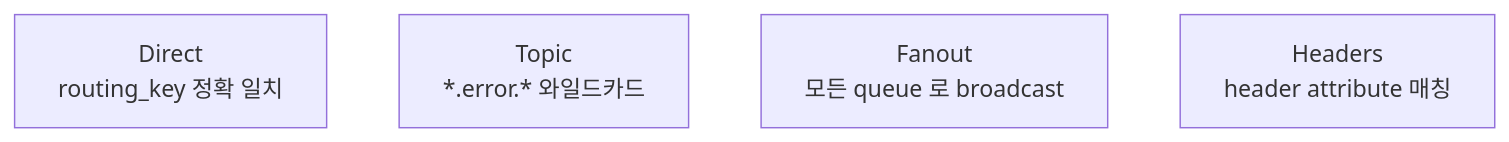
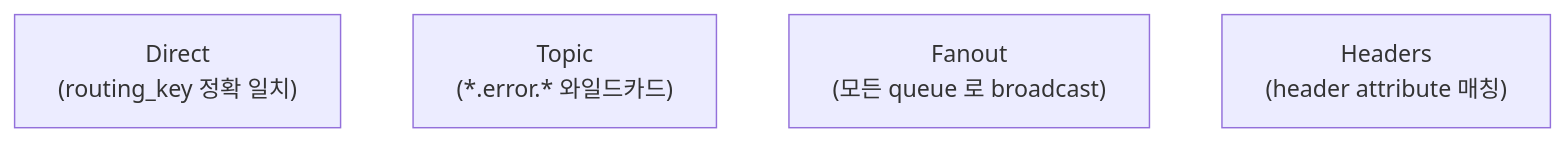
Before and after one commit to shinkeonkim/shinkeonkim.github.io: the second of 5 diagrams in src/content/wiki/distributed-systems/rabbitmq.mdx, drawn with Mermaid. The commit also changed other lines of this file and 526 other files, not shown here.

First line of the commit message:
content(wiki): 전수조사 및 대규모 보강 (짧은 파일 0, mermaid +645)

````diff
--- a/src/content/wiki/distributed-systems/rabbitmq.mdx
+++ b/src/content/wiki/distributed-systems/rabbitmq.mdx
@@ -39,7 +51,7 @@
 ```mermaid
 flowchart TB
-    Direct[Direct<br/>routing_key 정확 일치]
-    Topic[Topic<br/>*.error.* 와일드카드]
-    Fanout[Fanout<br/>모든 queue 로 broadcast]
-    Headers[Headers<br/>header attribute 매칭]
+    Direct["Direct\n(routing_key 정확 일치)"]
+    Topic["Topic\n(*.error.* 와일드카드)"]
+    Fanout["Fanout\n(모든 queue 로 broadcast)"]
+    Headers["Headers\n(header attribute 매칭)"]
 ```
````
